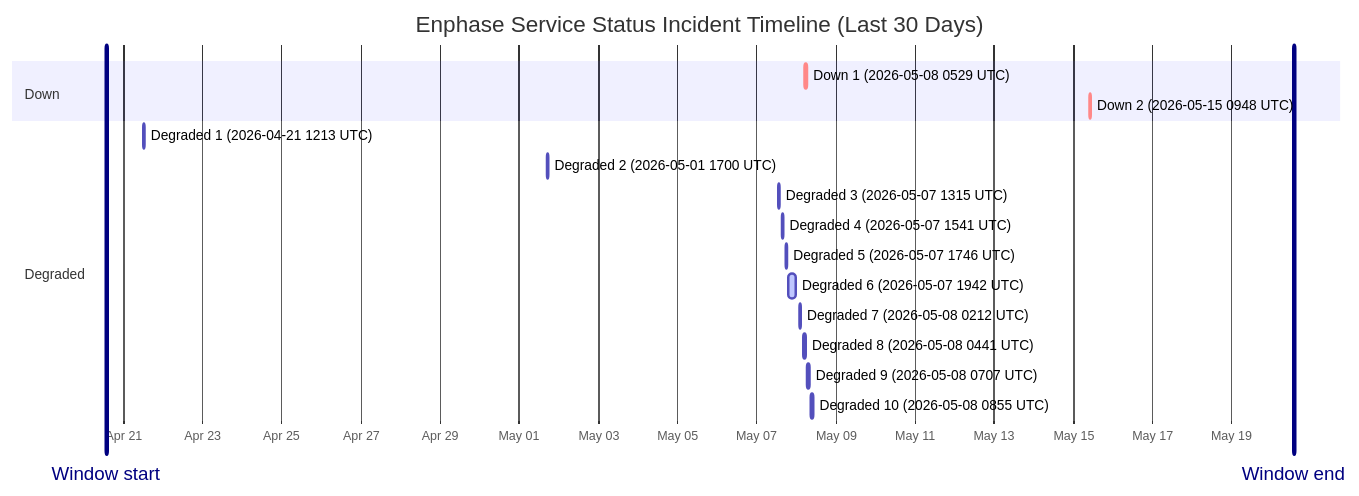
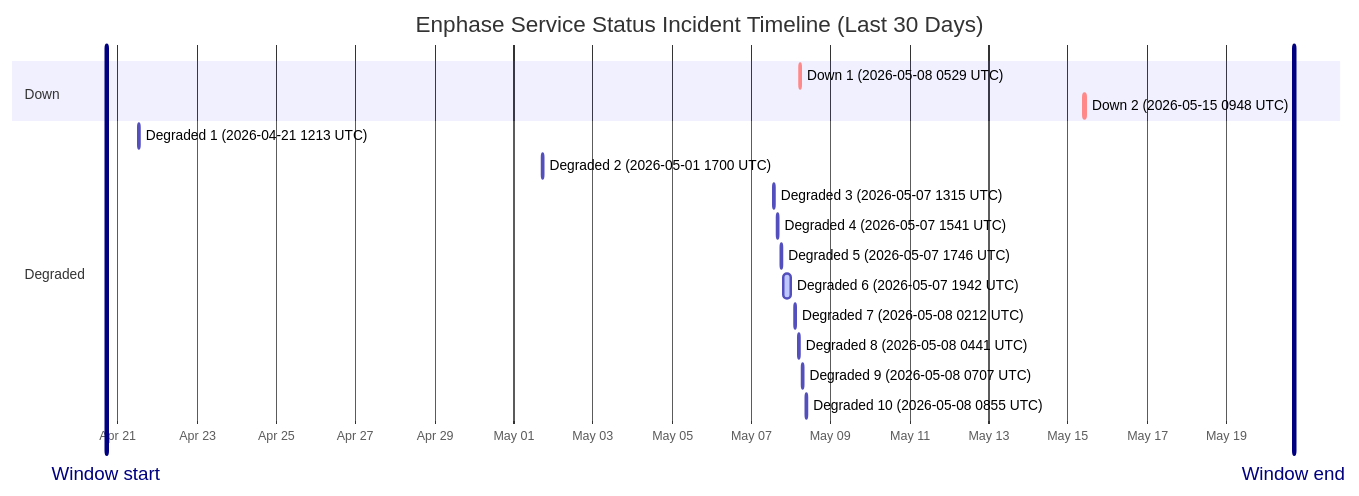
Before and after one commit to barneyonline/ha-enphase-ev-charger: the diagram in wiki/Service-Status-History.md, drawn with Mermaid. The commit also changed other lines of this file and 3 other files, not shown here.

````diff
--- a/wiki/Service-Status-History.md
+++ b/wiki/Service-Status-History.md
@@ -14,22 +14,22 @@
 ```mermaid
 gantt
     title Enphase Service Status Incident Timeline (Last 30 Days)
     dateFormat  YYYY-MM-DDTHH:mm:ss
     axisFormat  %b %d
-    Window start :vert, window-start, 2026-04-20T13:37:16, 0ms
-    Window end :vert, window-end, 2026-05-20T13:37:16, 0ms
+    Window start :vert, window-start, 2026-04-20T16:51:27, 0ms
+    Window end :vert, window-end, 2026-05-20T16:51:27, 0ms
     section Down
     Down 1 (2026-05-08 0529 UTC) :crit, down-1, 2026-05-08T05:29:47, 60m
     Down 2 (2026-05-15 0948 UTC) :crit, down-2, 2026-05-15T09:48:18, 60m
     section Degraded
     Degraded 1 (2026-04-21 1213 UTC) :active, degraded-1, 2026-04-21T12:13:11, 60m
     Degraded 2 (2026-05-01 1700 UTC) :active, degraded-2, 2026-05-01T17:00:22, 60m
     Degraded 3 (2026-05-07 1315 UTC) :active, degraded-3, 2026-05-07T13:15:25, 60m
     Degraded 4 (2026-05-07 1541 UTC) :active, degraded-4, 2026-05-07T15:41:58, 60m
     Degraded 5 (2026-05-07 1746 UTC) :active, degraded-5, 2026-05-07T17:46:51, 60m
     Degraded 6 (2026-05-07 1942 UTC) :active, degraded-6, 2026-05-07T19:42:10, 249m
     Degraded 7 (2026-05-08 0212 UTC) :active, degraded-7, 2026-05-08T02:12:39, 60m
     Degraded 8 (2026-05-08 0441 UTC) :active, degraded-8, 2026-05-08T04:41:46, 60m
     Degraded 9 (2026-05-08 0707 UTC) :active, degraded-9, 2026-05-08T07:07:30, 60m
     Degraded 10 (2026-05-08 0855 UTC) :active, degraded-10, 2026-05-08T08:55:20, 88m
 ```
````
